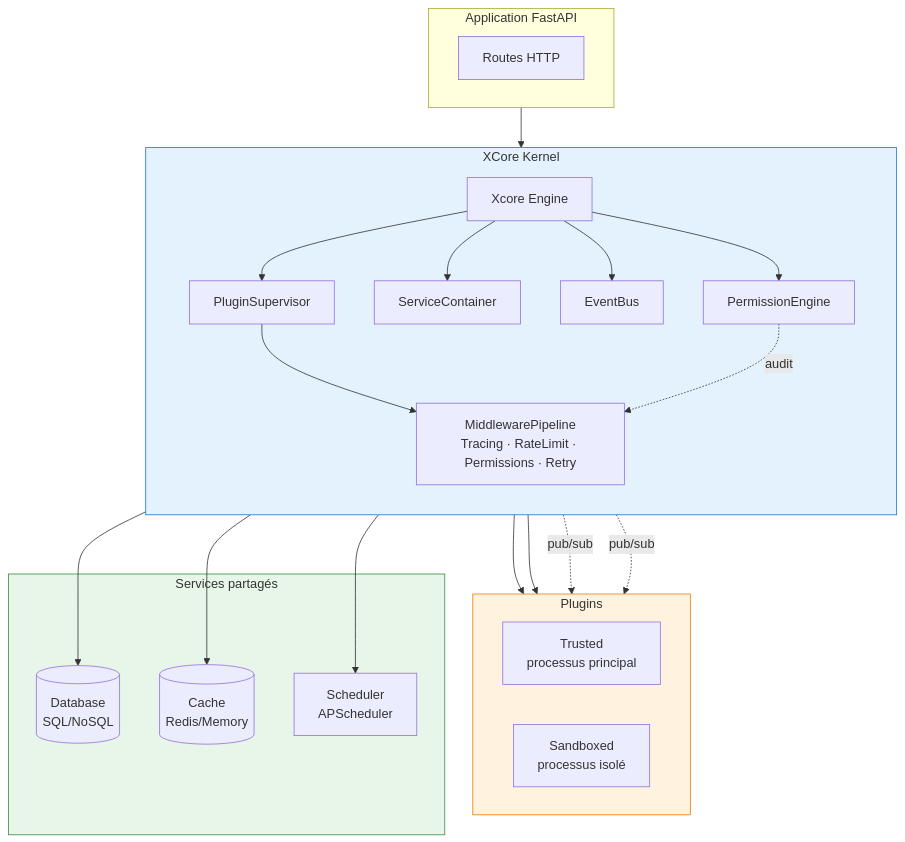
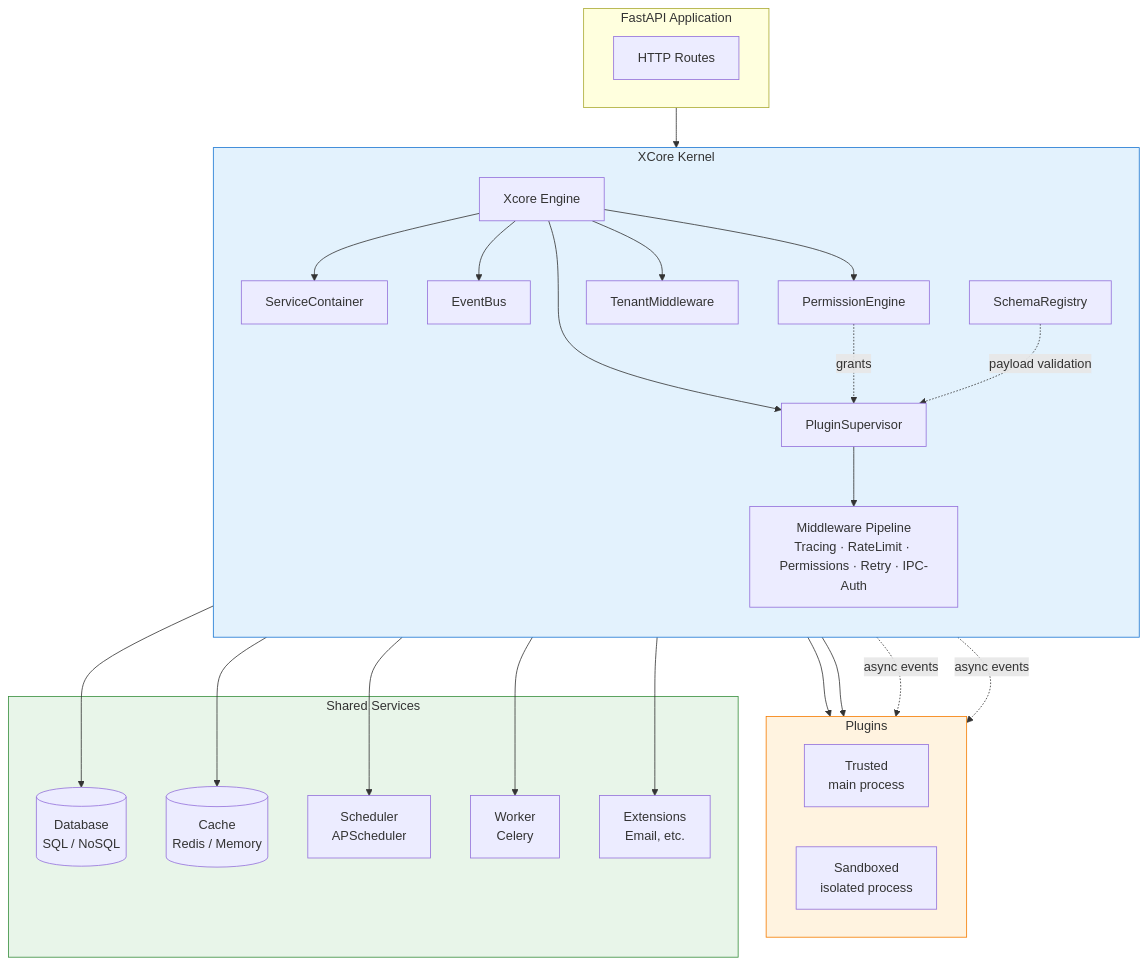
The first of 4 diagrams in doc/architecture/overview.md (traoreera/xcore), drawn with Mermaid before and after one commit. The commit also changed other lines of this file and 41 other files, not shown here.

````diff
--- a/doc/architecture/overview.md
+++ b/doc/architecture/overview.md
@@ -9,39 +9,44 @@
 ```mermaid
 flowchart TB
-    subgraph App["Application FastAPI"]
-        FA[Routes HTTP]
+    subgraph App["FastAPI Application"]
+        FA[HTTP Routes]
     end
 
     subgraph Kernel["XCore Kernel"]
         direction TB
         X[Xcore Engine]
         PS[PluginSupervisor]
         SC[ServiceContainer]
         EB[EventBus]
         PE[PermissionEngine]
-        RM[MiddlewarePipeline<br/>Tracing · RateLimit · Permissions · Retry]
+        TM[TenantMiddleware]
+        MW[Middleware Pipeline<br/>Tracing · RateLimit · Permissions · Retry · IPC-Auth]
+        SR[SchemaRegistry]
     end
 
     subgraph Plugins["Plugins"]
         direction LR
-        TP[Trusted<br/>processus principal]
-        SP[Sandboxed<br/>processus isolé]
+        TP[Trusted<br/>main process]
+        SP[Sandboxed<br/>isolated process]
     end
 
-    subgraph Services["Services partagés"]
-        DB[(Database<br/>SQL/NoSQL)]
-        CACHE[(Cache<br/>Redis/Memory)]
+    subgraph Services["Shared Services"]
+        DB[(Database<br/>SQL / NoSQL)]
+        CACHE[(Cache<br/>Redis / Memory)]
         SCHED[Scheduler<br/>APScheduler]
+        WORKER[Worker<br/>Celery]
+        EXT[Extensions<br/>Email, etc.]
     end
 
     App --> X
-    X --> PS & SC & EB & PE
-    PS --> RM --> TP & SP
-    SC --> DB & CACHE & SCHED
-    EB -.->|pub/sub| TP & SP
-    PE -.->|audit| RM
+    X --> PS & SC & EB & PE & TM
+    PS --> MW --> TP & SP
+    SC --> DB & CACHE & SCHED & WORKER & EXT
+    EB -.->|async events| TP & SP
+    PE -.->|grants| PS
+    SR -.->|payload validation| PS
 
     style Kernel fill:#E3F2FD,stroke:#1976D2
     style Plugins fill:#FFF3E0,stroke:#F57C00
     style Services fill:#E8F5E9,stroke:#388E3C
 ```
````
